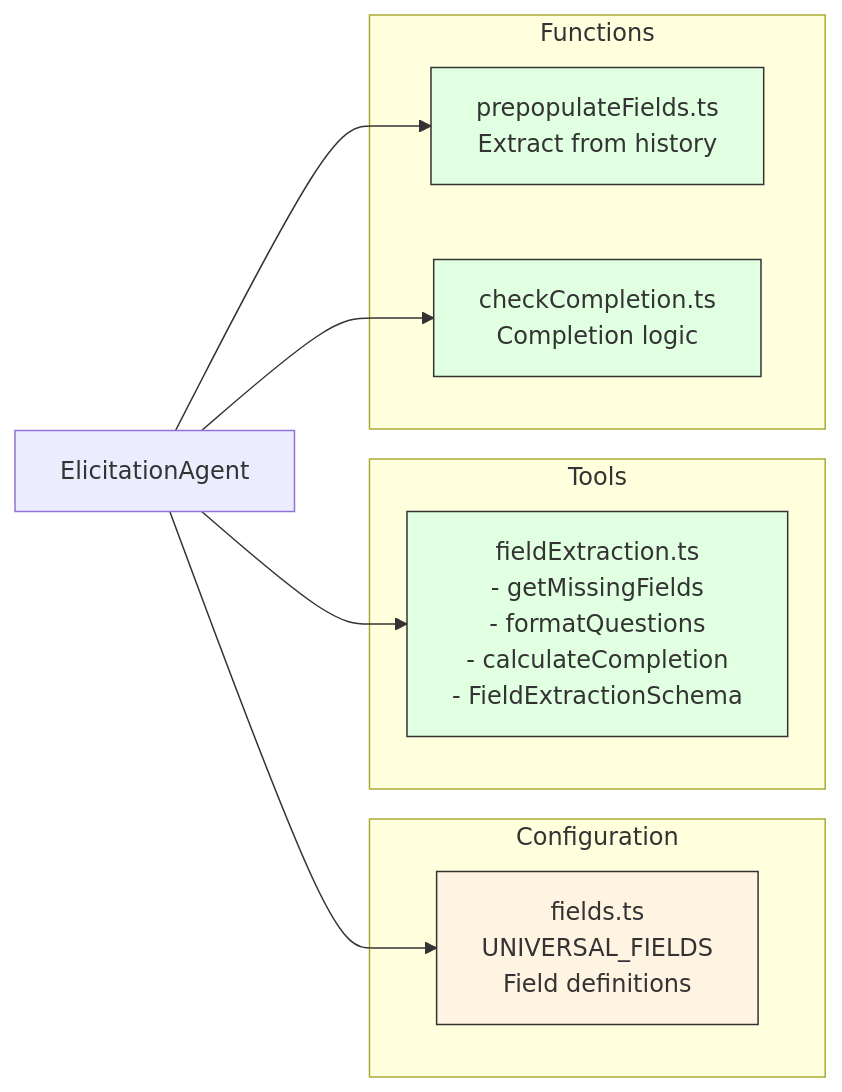
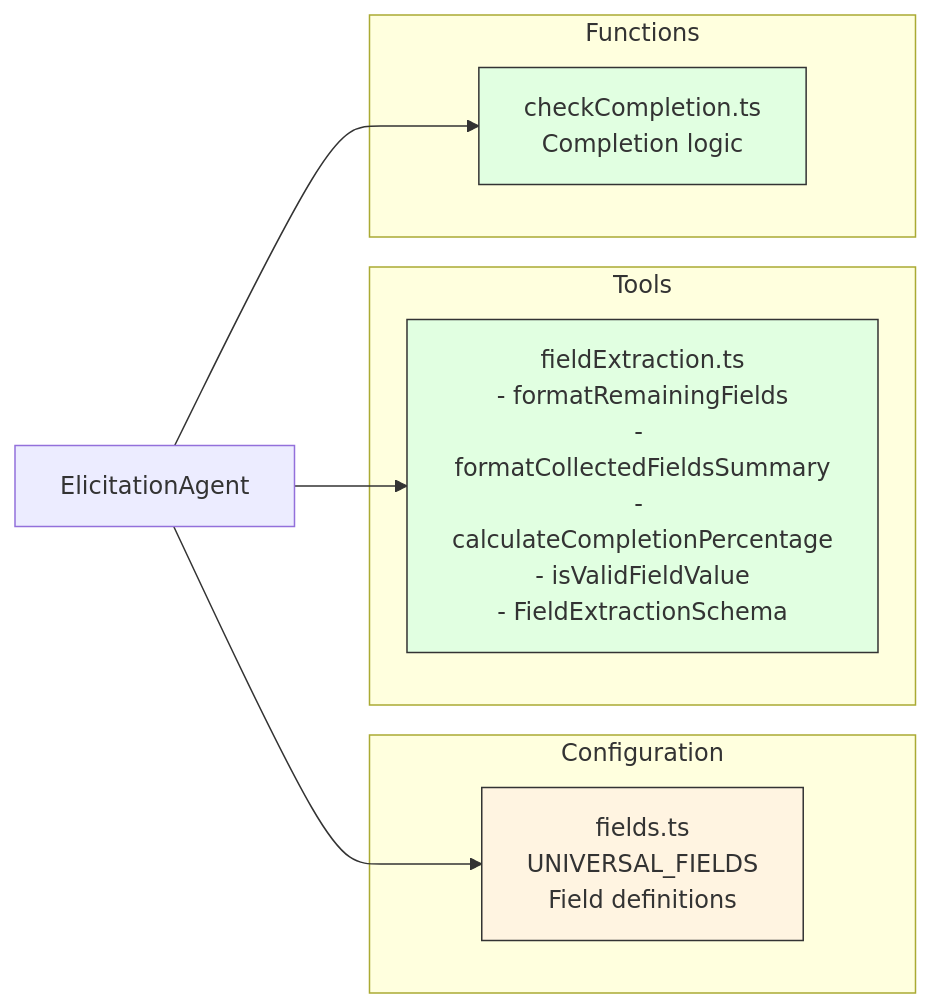
The fifth of 5 diagrams in PROGRESS_DIAGRAM.md (thomasyao15/CFD), drawn with Mermaid before and after one commit. The commit also changed other lines of this file, not shown here.

Commit message:
Update progress diagram

````diff
--- a/PROGRESS_DIAGRAM.md
+++ b/PROGRESS_DIAGRAM.md
@@ -183,25 +171,23 @@
 ```mermaid
 graph LR
     subgraph Configuration
         Fields[fields.ts<br/>UNIVERSAL_FIELDS<br/>Field definitions]
     end
 
     subgraph Tools
-        Extract[fieldExtraction.ts<br/>- getMissingFields<br/>- formatQuestions<br/>- calculateCompletion<br/>- FieldExtractionSchema]
+        Extract[fieldExtraction.ts<br/>- formatRemainingFields<br/>- formatCollectedFieldsSummary<br/>- calculateCompletionPercentage<br/>- isValidFieldValue<br/>- FieldExtractionSchema]
     end
 
     subgraph Functions
-        PrePop[prepopulateFields.ts<br/>Extract from history]
         Check[checkCompletion.ts<br/>Completion logic]
     end
 
     ElicitAgent[ElicitationAgent] --> Fields
     ElicitAgent --> Extract
-    ElicitAgent --> PrePop
     ElicitAgent --> Check
 
     classDef config fill:#fff4e1,stroke:#333,stroke-width:1px
     classDef tool fill:#e1ffe1,stroke:#333,stroke-width:1px
     class Fields config
-    class Extract,PrePop,Check tool
+    class Extract,Check tool
 ```
````
